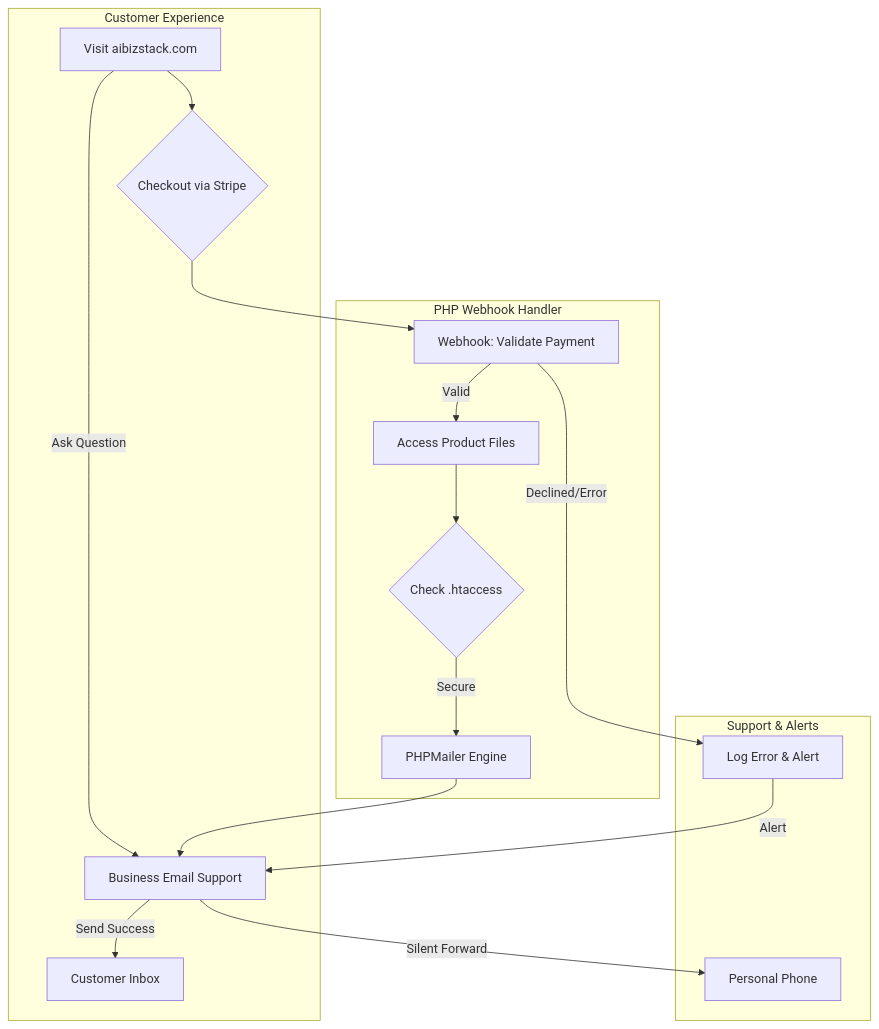
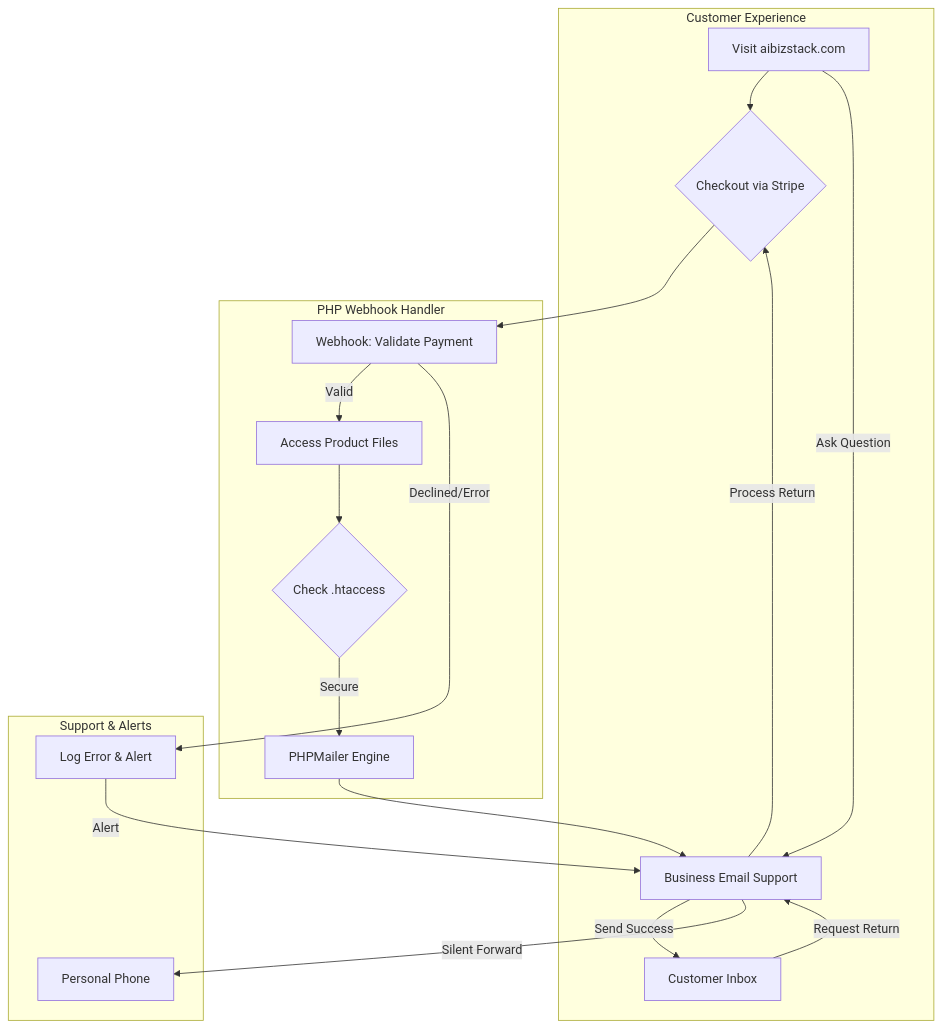
The diagram in README.md (dougfret-sudo/AIBizstack-system-), drawn with Mermaid before and after one commit.

````diff
--- a/README.md
+++ b/README.md
@@ -1,23 +1,25 @@
 ```mermaid
 graph TD
     subgraph Customer_Side [Customer Experience]
         A[Visit aibizstack.com] --> B{Checkout via Stripe}
         D[Customer Inbox]
         A -- Ask Question --> N
+        D -- Request Return --> N
     end
 
     subgraph Logic_Layer [PHP Webhook Handler]
         B --> E[Webhook: Validate Payment]
         E -- Valid --> F[Access Product Files]
         F --> H{Check .htaccess}
         H -- Secure --> I[PHPMailer Engine]
         I --> N[Business Email Support]
     end
 
     subgraph Monitoring_Layer [Support & Alerts]
         N[Business Email Support] -- Send Success --> D
+        N -- Process Return --> B
         N -- Silent Forward --> L[Personal Phone]
         E -- Declined/Error --> G[Log Error & Alert]
         G -- Alert --> N
     end
 ```
````
